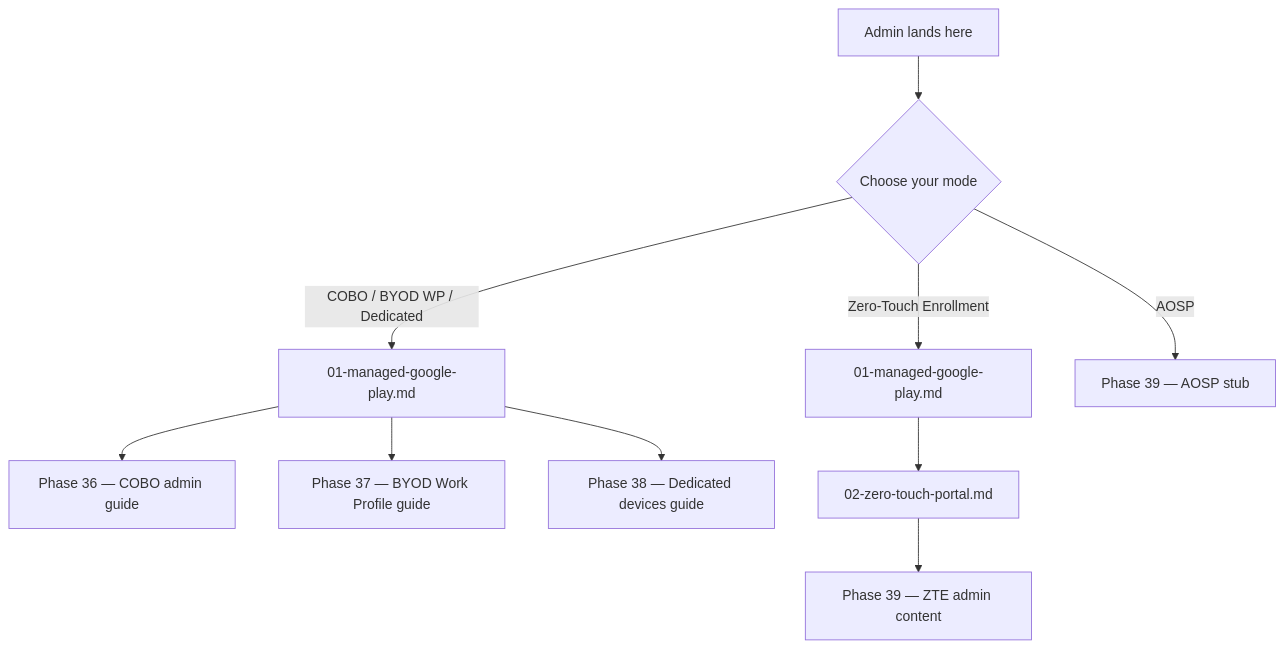
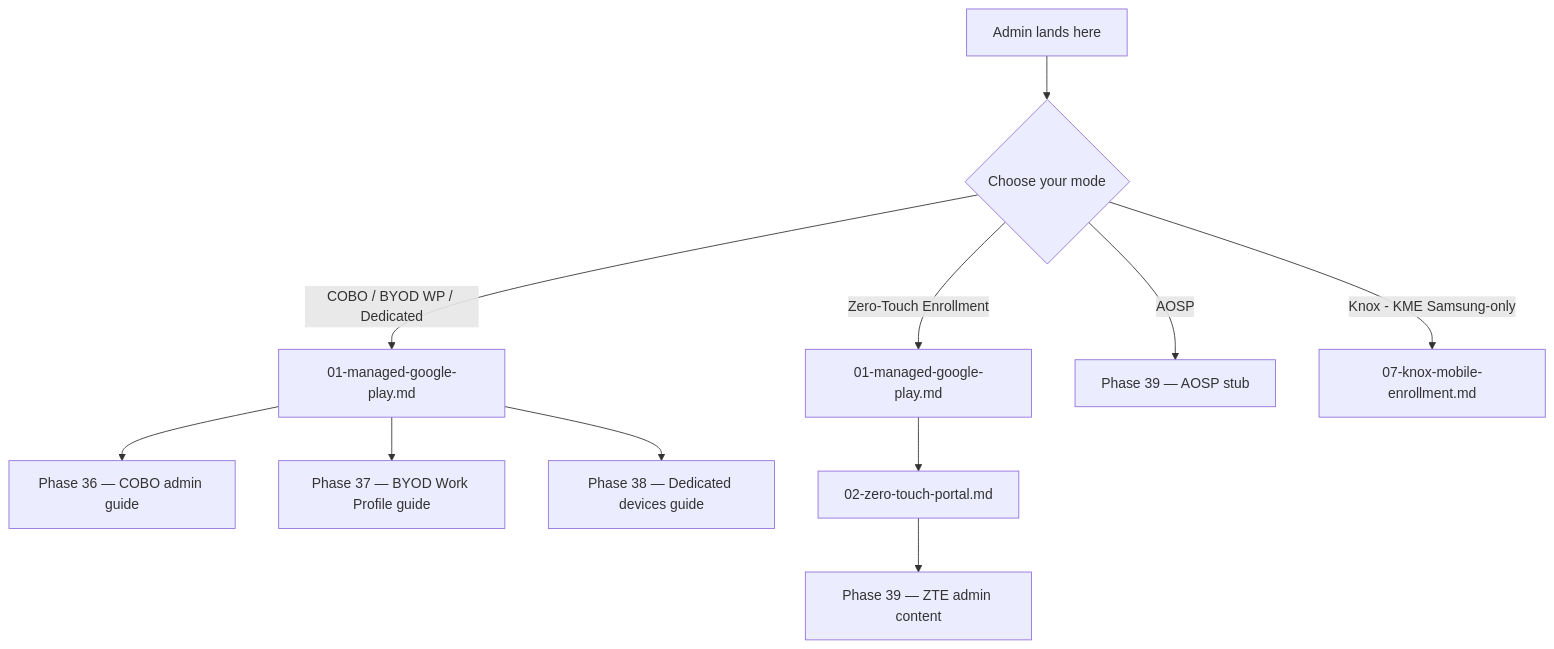
One commit to Schweinehund/Autopilot changed the diagram in docs/admin-setup-android/00-overview.md. Above: the diagram before and after it, drawn with Mermaid. The commit also changed other lines of this file, not shown here.

First line of the commit message:
feat(44-05): extend admin overview with Knox 6th branch + KME prerequisites

````diff
--- a/docs/admin-setup-android/00-overview.md
+++ b/docs/admin-setup-android/00-overview.md
@@ -25,12 +25,13 @@
 ```mermaid
 flowchart TD
     START[Admin lands here] --> CHOOSE{Choose your mode}
     CHOOSE -->|COBO / BYOD WP / Dedicated| MGP[01-managed-google-play.md]
     MGP --> COBO_PATH[Phase 36 — COBO admin guide]
     MGP --> BYOD_PATH[Phase 37 — BYOD Work Profile guide]
     MGP --> DED_PATH[Phase 38 — Dedicated devices guide]
     CHOOSE -->|Zero-Touch Enrollment| MGPZTE[01-managed-google-play.md]
     MGPZTE --> ZT[02-zero-touch-portal.md]
     ZT --> ZTE_PATH[Phase 39 — ZTE admin content]
     CHOOSE -->|AOSP| AOSP_PATH[Phase 39 — AOSP stub]
+    CHOOSE -->|Knox - KME Samsung-only| KNOX[07-knox-mobile-enrollment.md]
 ```
````
